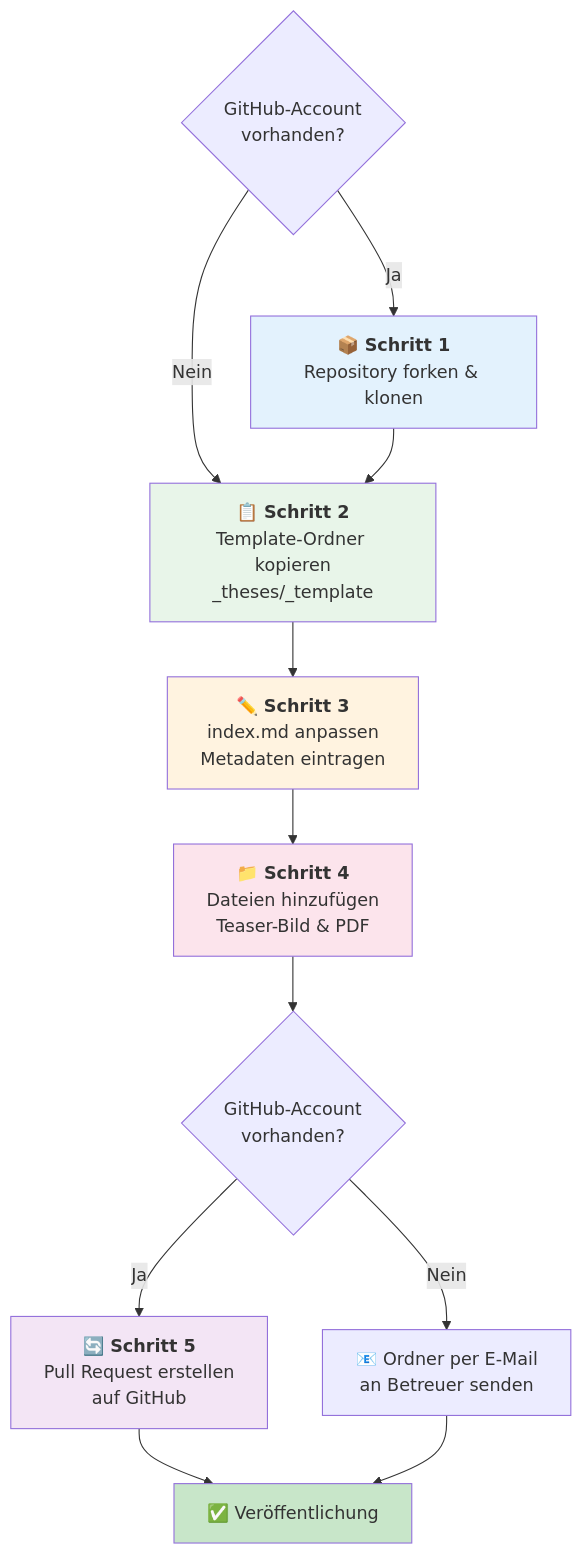
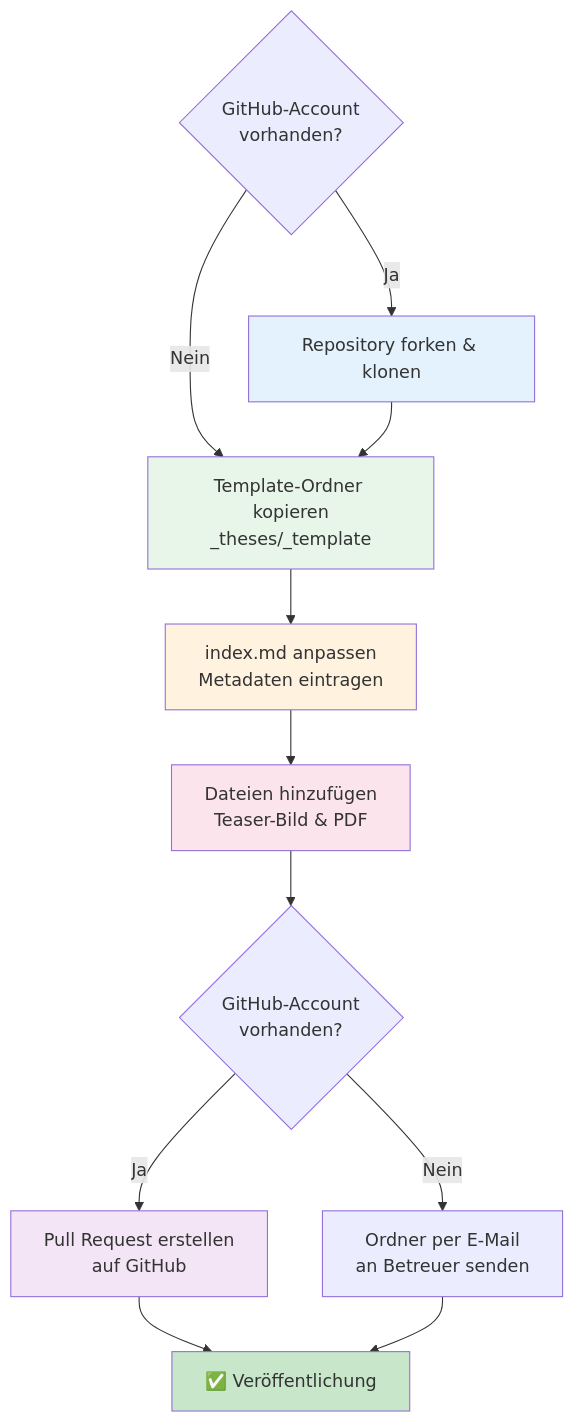
One commit to th-koeln/mi-bachelor-abschlussarbeiten changed the diagram in README.md. Above: the diagram before and after it, drawn with Mermaid.

Commit message:
docs: simplify flowchart steps by removing unnecessary formatting

````diff
--- a/README.md
+++ b/README.md
@@ -9,20 +9,20 @@
 ```mermaid
 flowchart TD
-    A{GitHub-Account<br/>vorhanden?} --> |Ja| B[📦 <b>Schritt 1</b><br/>Repository forken & klonen]
-    A -->|Nein| C[📋 <b>Schritt 2</b><br/>Template-Ordner kopieren<br/>_theses/_template]
+    A{GitHub-Account<br/>vorhanden?} --> |Ja| B[Repository forken & klonen]
+    A -->|Nein| C[Template-Ordner kopieren<br/>_theses/_template]
     B --> C
-    C --> D[✏️ <b>Schritt 3</b><br/>index.md anpassen<br/>Metadaten eintragen]
-    D --> E[📁 <b>Schritt 4</b><br/>Dateien hinzufügen<br/>Teaser-Bild & PDF]
+    C --> D[index.md anpassen<br/>Metadaten eintragen]
+    D --> E[Dateien hinzufügen<br/>Teaser-Bild & PDF]
     E --> F{GitHub-Account<br/>vorhanden?}
-    F -->|Ja| G[🔄 <b>Schritt 5</b><br/>Pull Request erstellen<br/>auf GitHub]
-    F -->|Nein| H[📧 Ordner per E-Mail<br/>an Betreuer senden]
+    F -->|Ja| G[Pull Request erstellen<br/>auf GitHub]
+    F -->|Nein| H[Ordner per E-Mail<br/>an Betreuer senden]
     G --> I[✅ Veröffentlichung]
     H --> I
     
     style B fill:#e3f2fd
     style C fill:#e8f5e9
     style D fill:#fff3e0
     style E fill:#fce4ec
     style G fill:#f3e5f5
     style I fill:#c8e6c9
 ```
````
